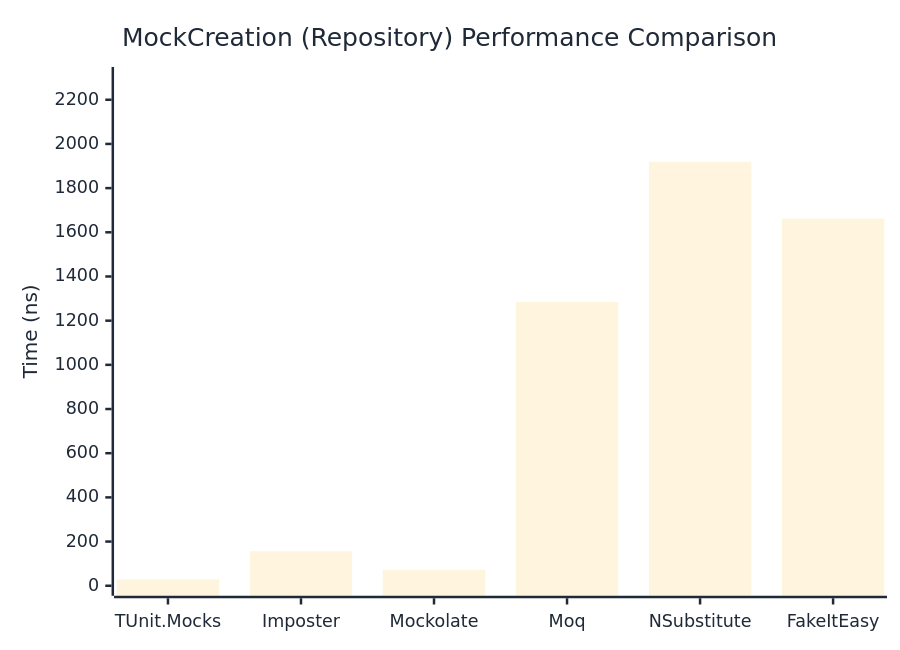
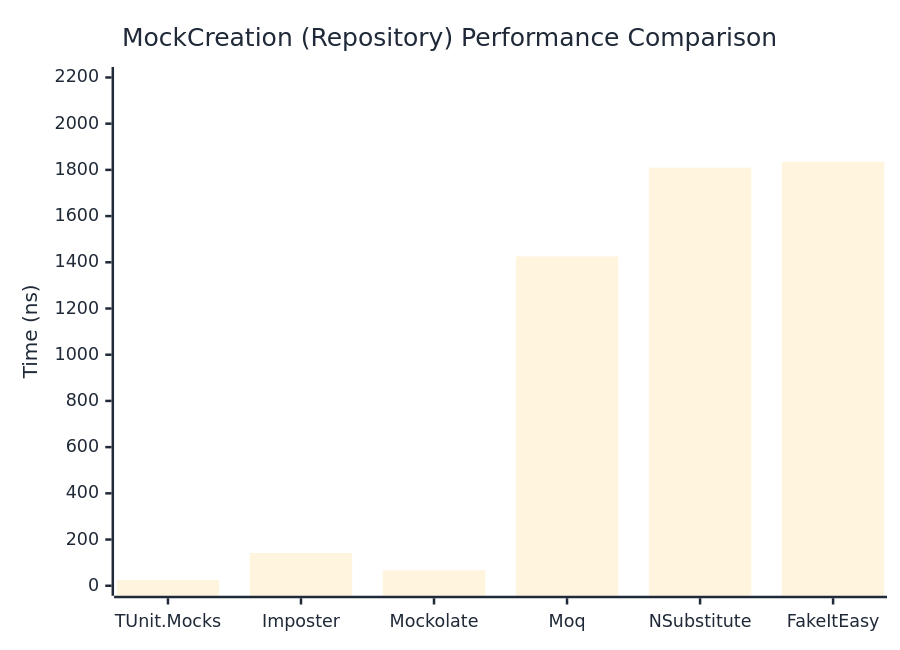
The second of 2 diagrams in docs/docs/benchmarks/mocks/MockCreation.md (thomhurst/TUnit), drawn with Mermaid before and after one commit. The commit also changed other lines of this file and 14 other files, not shown here.

````diff
--- a/docs/docs/benchmarks/mocks/MockCreation.md
+++ b/docs/docs/benchmarks/mocks/MockCreation.md
@@ -69,27 +69,27 @@
 ```mermaid
 %%{init: {
   'theme':'base',
   'themeVariables': {
     'primaryColor': '#2563eb',
     'primaryTextColor': '#1f2937',
     'primaryBorderColor': '#1e40af',
     'lineColor': '#6b7280',
     'secondaryColor': '#7c3aed',
     'tertiaryColor': '#dc2626',
     'background': '#ffffff',
     'pie1': '#2563eb',
     'pie2': '#7c3aed',
     'pie3': '#dc2626',
     'pie4': '#f59e0b',
     'pie5': '#10b981',
     'pie6': '#06b6d4',
     'pie7': '#ec4899',
     'pie8': '#6366f1'
   }
 }}%%
 xychart-beta
   title "MockCreation (Repository) Performance Comparison"
   x-axis ["TUnit.Mocks", "Imposter", "Mockolate", "Moq", "NSubstitute", "FakeItEasy"]
-  y-axis "Time (ns)" 0 --> 2303
-  bar [28.89, 156.01, 72.26, 1284.46, 1919.01, 1661.42]
+  y-axis "Time (ns)" 0 --> 2202
+  bar [25.52, 141.55, 67.18, 1425.41, 1809.59, 1834.84]
 ```
````
